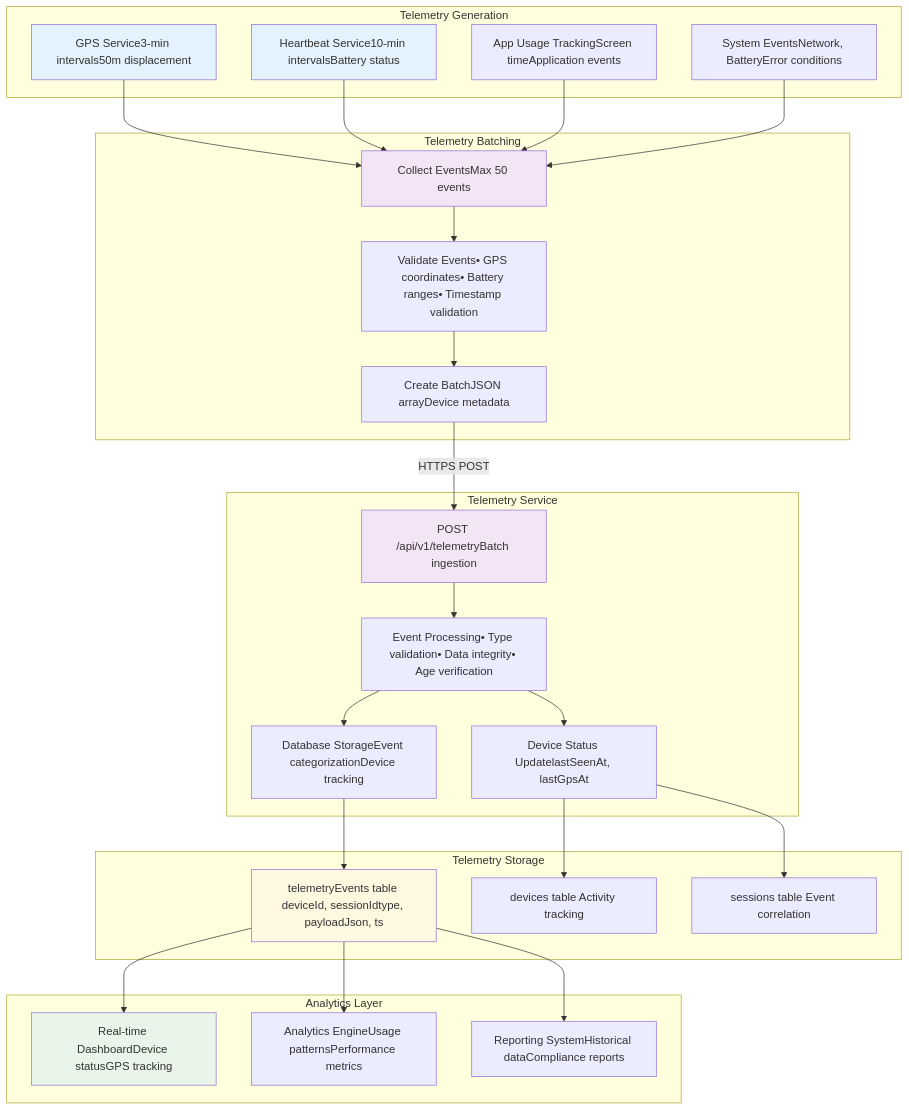
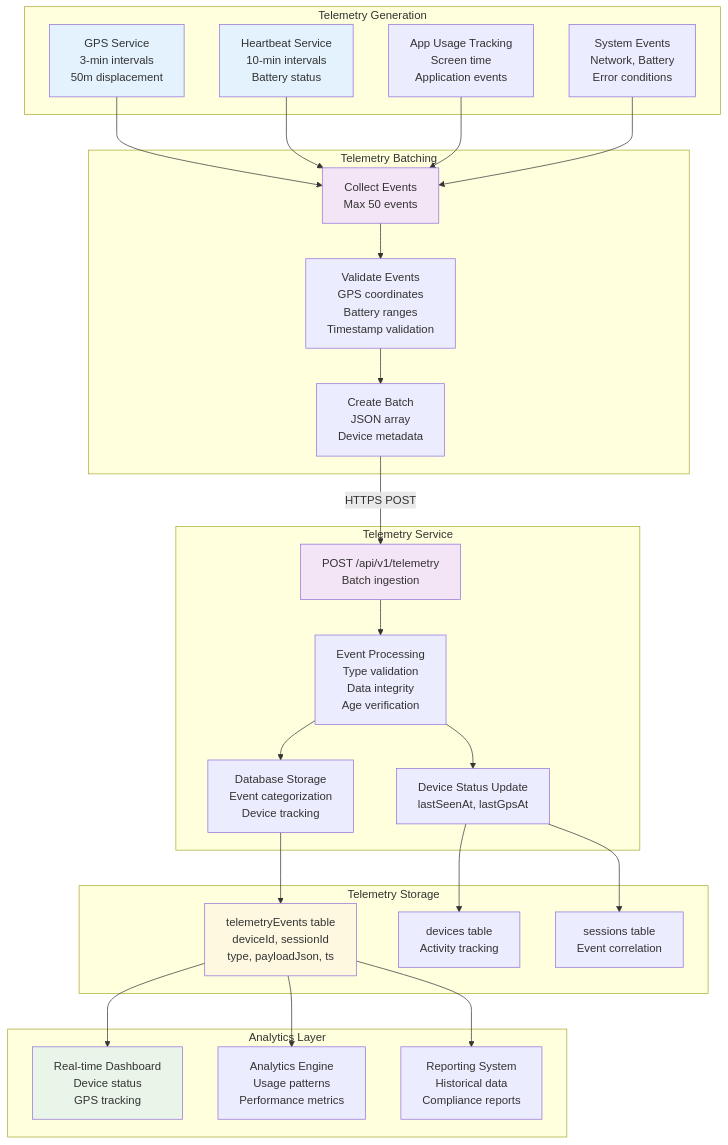
Before and after one commit to drguptavivek/launcher: the fifth of 7 diagrams in README.md, drawn with Mermaid. The commit also changed other lines of this file, not shown here.

````diff
--- a/README.md
+++ b/README.md
@@ -311,64 +375,64 @@
 ```mermaid
 flowchart TD
-    subgraph "Android Device" [Telemetry Generation]
-        GPS[GPS Service3-min intervals50m displacement]
-        Heartbeat[Heartbeat Service10-min intervalsBattery status]
-        AppUsage[App Usage TrackingScreen timeApplication events]
-        Events[System EventsNetwork, BatteryError conditions]
+    subgraph "Android Device" ["Telemetry Generation"]
+        GPS["GPS Service<br/>3-min intervals<br/>50m displacement"]
+        Heartbeat["Heartbeat Service<br/>10-min intervals<br/>Battery status"]
+        AppUsage["App Usage Tracking<br/>Screen time<br/>Application events"]
+        Events["System Events<br/>Network, Battery<br/>Error conditions"]
     end
 
-    subgraph "Batch Processing" [Telemetry Batching]
-        Collect[Collect EventsMax 50 events]
-        Validate[Validate Events• GPS coordinates• Battery ranges• Timestamp validation]
-        Batch[Create BatchJSON arrayDevice metadata]
+    subgraph "Batch Processing" ["Telemetry Batching"]
+        Collect["Collect Events<br/>Max 50 events"]
+        Validate["Validate Events<br/>GPS coordinates<br/>Battery ranges<br/>Timestamp validation"]
+        Batch["Create Batch<br/>JSON array<br/>Device metadata"]
     end
 
-    subgraph "Backend API" [Telemetry Service]
-        TelemetryAPI[POST /api/v1/telemetryBatch ingestion]
-        ProcessEvents[Event Processing• Type validation• Data integrity• Age verification]
-        StoreEvents[Database StorageEvent categorizationDevice tracking]
-        DeviceUpdate[Device Status UpdatelastSeenAt, lastGpsAt]
+    subgraph "Backend API" ["Telemetry Service"]
+        TelemetryAPI["POST /api/v1/telemetry<br/>Batch ingestion"]
+        ProcessEvents["Event Processing<br/>Type validation<br/>Data integrity<br/>Age verification"]
+        StoreEvents["Database Storage<br/>Event categorization<br/>Device tracking"]
+        DeviceUpdate["Device Status Update<br/>lastSeenAt, lastGpsAt"]
     end
 
-    subgraph "Database" [Telemetry Storage]
-        EventTable[telemetryEvents table deviceId, sessionIdtype, payloadJson, ts]
-        DeviceTable[devices table Activity tracking]
-        SessionTable[sessions table Event correlation]
+    subgraph "Database" ["Telemetry Storage"]
+        EventTable["telemetryEvents table<br/>deviceId, sessionId<br/>type, payloadJson, ts"]
+        DeviceTable["devices table<br/>Activity tracking"]
+        SessionTable["sessions table<br/>Event correlation"]
     end
 
-    subgraph "Data Consumption" [Analytics Layer]
-        RealTime[Real-time DashboardDevice statusGPS tracking]
-        Analytics[Analytics EngineUsage patternsPerformance metrics]
-        Reports[Reporting SystemHistorical dataCompliance reports]
+    subgraph "Data Consumption" ["Analytics Layer"]
+        RealTime["Real-time Dashboard<br/>Device status<br/>GPS tracking"]
+        Analytics["Analytics Engine<br/>Usage patterns<br/>Performance metrics"]
+        Reports["Reporting System<br/>Historical data<br/>Compliance reports"]
     end
 
     %% Telemetry Flow
     GPS --> Collect
     Heartbeat --> Collect
     AppUsage --> Collect
     Events --> Collect
 
     Collect --> Validate
     Validate --> Batch
-    Batch --> |HTTPS POST| TelemetryAPI
+    Batch --> |"HTTPS POST"| TelemetryAPI
 
     TelemetryAPI --> ProcessEvents
     ProcessEvents --> StoreEvents
     ProcessEvents --> DeviceUpdate
 
     StoreEvents --> EventTable
     DeviceUpdate --> DeviceTable
     DeviceUpdate --> SessionTable
 
     %% Analytics Flow
     EventTable --> RealTime
     EventTable --> Analytics
     EventTable --> Reports
 
     style GPS fill:#e3f2fd
     style Heartbeat fill:#e3f2fd
     style Collect fill:#f3e5f5
     style TelemetryAPI fill:#f3e5f5
     style EventTable fill:#fff8e1
     style RealTime fill:#e8f5e8
 ```
````
